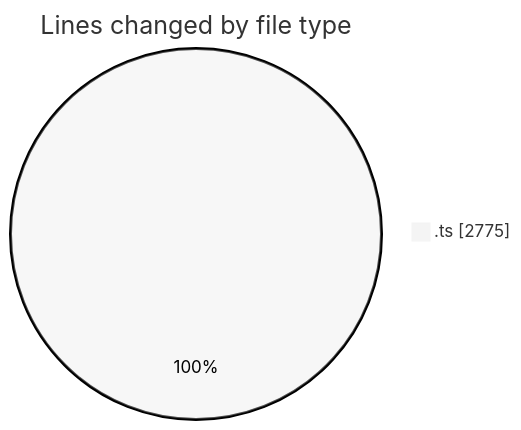
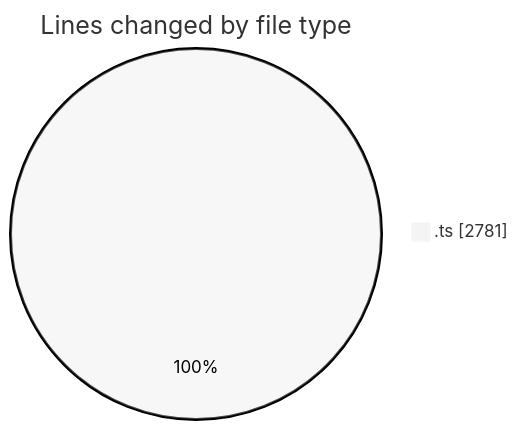
One commit to lephambinh05/code-tracking changed the first of 2 diagrams in 2025-09-14/hiai-phf/README.md. Above: the diagram before and after it, drawn with Mermaid (neutral theme). The commit also changed other lines of this file and 1 other file, not shown here.

````diff
--- a/2025-09-14/hiai-phf/README.md
+++ b/2025-09-14/hiai-phf/README.md
@@ -29,5 +29,5 @@
 ```mermaid
 pie showData
 title Lines changed by file type
-".ts" : 2775
+".ts" : 2781
 ```
````
